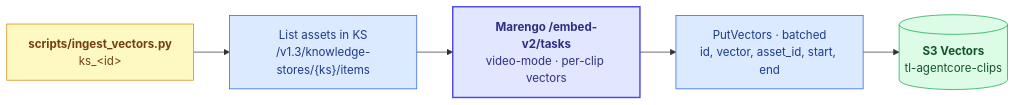
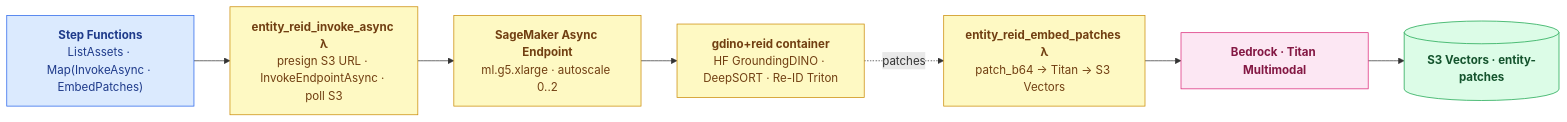
One commit to twelvelabs-io/tl-agentcore changed the sixth of 7 diagrams in docs/whitepaper.md. Above: the diagram before and after it, drawn with Mermaid. The commit also changed other lines of this file and 221 other files, not shown here.

````diff
--- a/docs/whitepaper.md
+++ b/docs/whitepaper.md
@@ -262,23 +572,23 @@
 ```mermaid
 flowchart LR
-    Script["<b>scripts/ingest_vectors.py</b><br/>ks_&lt;id&gt;"]
-    List["List assets in KS<br/>/v1.3/knowledge-stores/{ks}/items"]
-    Embed["<b>Marengo /embed-v2/tasks</b><br/>video-mode · per-clip vectors"]
-    Batch["PutVectors · batched<br/>id, vector, asset_id, start, end"]
-    Index[("<b>S3 Vectors</b><br/>tl-agentcore-clips")]
+    SF["<b>Step Functions</b><br/>ListAssets · Map(InvokeAsync · EmbedPatches)"]
+    InvL["<b>entity_reid_invoke_async λ</b><br/>presign S3 URL · InvokeEndpointAsync · poll S3"]
+    EP["<b>SageMaker Async Endpoint</b><br/>ml.g5.xlarge · autoscale 0..2"]
+    Container["<b>gdino+reid container</b><br/>HF GroundingDINO · DeepSORT · Re-ID Triton"]
+    EmbL["<b>entity_reid_embed_patches λ</b><br/>patch_b64 → Titan → S3 Vectors"]
+    Titan["<b>Bedrock · Titan Multimodal</b>"]
+    Patches[("<b>S3 Vectors · entity-patches</b>")]
 
-    Script --> List
-    List --> Embed
-    Embed --> Batch
-    Batch --> Index
+    SF --> InvL --> EP --> Container
+    Container -. patches .-> EmbL
+    EmbL --> Titan --> Patches
 
-    classDef script fill:#fef9c3,stroke:#ca8a04,stroke-width:1px,color:#713f12
-    classDef step   fill:#dbeafe,stroke:#2563eb,stroke-width:1px,color:#1e3a8a
-    classDef hero   fill:#e0e7ff,stroke:#4f46e5,stroke-width:2px,color:#312e81
-    classDef store  fill:#dcfce7,stroke:#16a34a,stroke-width:1px,color:#14532d
-
-    class Script script
-    class List,Batch step
-    class Embed hero
-    class Index store
+    classDef step    fill:#dbeafe,stroke:#2563eb,color:#1e3a8a
+    classDef compute fill:#fef9c3,stroke:#ca8a04,color:#713f12
+    classDef bedrock fill:#fce7f3,stroke:#db2777,color:#831843
+    classDef store   fill:#dcfce7,stroke:#16a34a,color:#14532d
+    class SF step
+    class InvL,EmbL,EP,Container compute
+    class Titan bedrock
+    class Patches store
 ```
````
